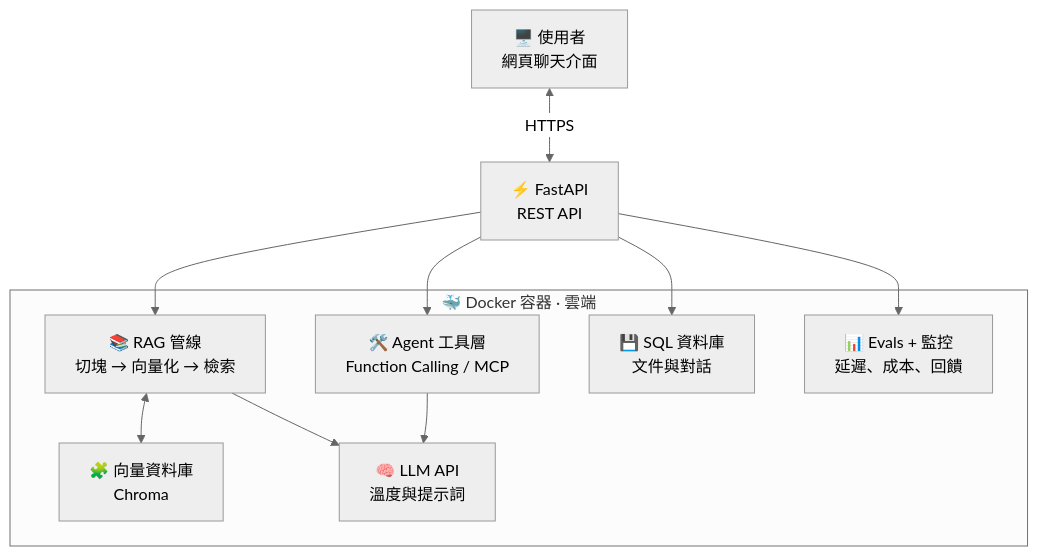
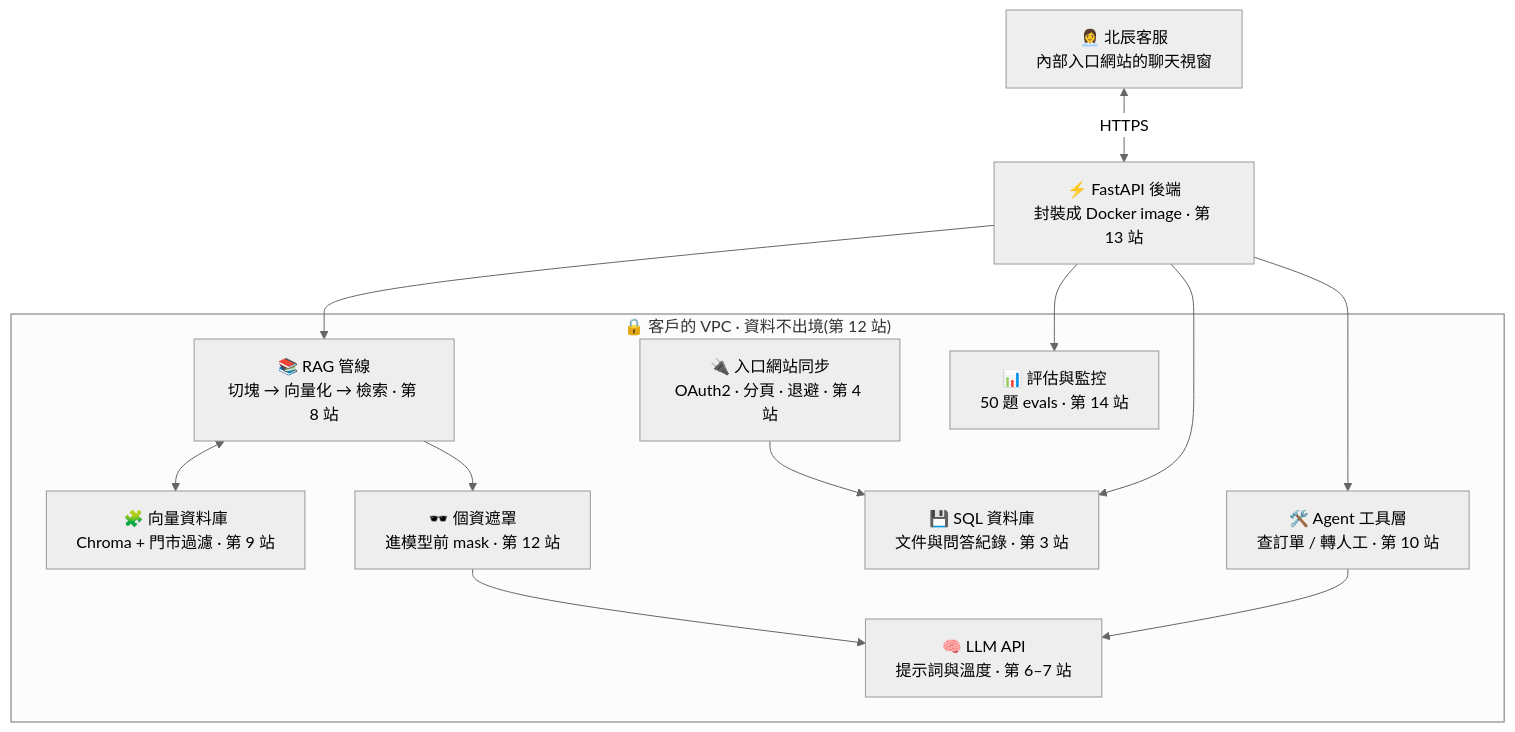
Before and after one commit to Yu-0312/ai-engineer-roadmap: the first of 2 diagrams in README.md, drawn with Mermaid (neutral theme). The commit also changed other lines of this file and 7 other files, not shown here.

````diff
--- a/README.md
+++ b/README.md
@@ -94,19 +99,23 @@
 ```mermaid
 flowchart TB
-  U["🖥️ 使用者<br/>網頁聊天介面"] <-->|HTTPS| API["⚡ FastAPI<br/>REST API"]
-  subgraph DK["🐳 Docker 容器 · 雲端"]
-    RAG["📚 RAG 管線<br/>切塊 → 向量化 → 檢索"]
-    V["🧩 向量資料庫<br/>Chroma"]
-    AG["🛠️ Agent 工具層<br/>Function Calling / MCP"]
-    DB["💾 SQL 資料庫<br/>文件與對話"]
-    LLM["🧠 LLM API<br/>溫度與提示詞"]
-    EV["📊 Evals + 監控<br/>延遲、成本、回饋"]
+  U["👩‍💼 北辰客服<br/>內部入口網站的聊天視窗"] <-->|HTTPS| API["⚡ FastAPI 後端<br/>封裝成 Docker image · 第 13 站"]
+  subgraph VPC["🔒 客戶的 VPC · 資料不出境(第 12 站)"]
+    SYNC["🔌 入口網站同步<br/>OAuth2 · 分頁 · 退避 · 第 4 站"]
+    RAG["📚 RAG 管線<br/>切塊 → 向量化 → 檢索 · 第 8 站"]
+    V["🧩 向量資料庫<br/>Chroma + 門市過濾 · 第 9 站"]
+    AG["🛠️ Agent 工具層<br/>查訂單 / 轉人工 · 第 10 站"]
+    DB["💾 SQL 資料庫<br/>文件與問答紀錄 · 第 3 站"]
+    MASK["🕶️ 個資遮罩<br/>進模型前 mask · 第 12 站"]
+    LLM["🧠 LLM API<br/>提示詞與溫度 · 第 6–7 站"]
+    EV["📊 評估與監控<br/>50 題 evals · 第 14 站"]
   end
+  SYNC --> DB
   API --> RAG
   RAG <--> V
   API --> AG
   API --> DB
-  RAG --> LLM
+  RAG --> MASK
+  MASK --> LLM
   AG --> LLM
   API --> EV
 ```
````
